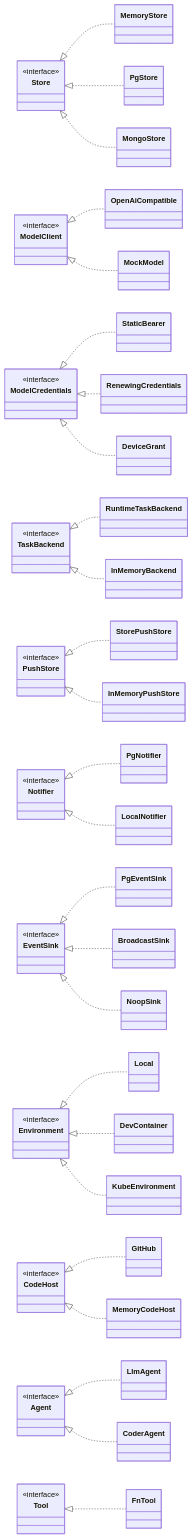
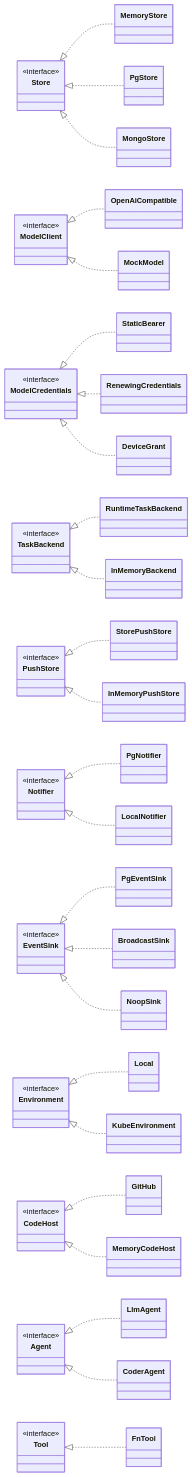
The second of 26 diagrams in docs/architecture.md (vymalo/another-adam-rs), drawn with Mermaid before and after one commit. The commit also changed other lines of this file and 91 other files, not shown here.

````diff
--- a/docs/architecture.md
+++ b/docs/architecture.md
@@ -161,40 +159,39 @@
 ```mermaid
 classDiagram
     direction LR
     class Store { <<interface>> }
     Store <|.. MemoryStore
     Store <|.. PgStore
     Store <|.. MongoStore
     class ModelClient { <<interface>> }
     ModelClient <|.. OpenAiCompatible
     ModelClient <|.. MockModel
     class ModelCredentials { <<interface>> }
     ModelCredentials <|.. StaticBearer
     ModelCredentials <|.. RenewingCredentials
     ModelCredentials <|.. DeviceGrant
     class TaskBackend { <<interface>> }
     TaskBackend <|.. RuntimeTaskBackend
     TaskBackend <|.. InMemoryBackend
     class PushStore { <<interface>> }
     PushStore <|.. StorePushStore
     PushStore <|.. InMemoryPushStore
     class Notifier { <<interface>> }
     Notifier <|.. PgNotifier
     Notifier <|.. LocalNotifier
     class EventSink { <<interface>> }
     EventSink <|.. PgEventSink
     EventSink <|.. BroadcastSink
     EventSink <|.. NoopSink
     class Environment { <<interface>> }
     Environment <|.. Local
-    Environment <|.. DevContainer
     Environment <|.. KubeEnvironment
     class CodeHost { <<interface>> }
     CodeHost <|.. GitHub
     CodeHost <|.. MemoryCodeHost
     class Agent { <<interface>> }
     Agent <|.. LlmAgent
     Agent <|.. CoderAgent
     class Tool { <<interface>> }
     Tool <|.. FnTool
 ```
````
